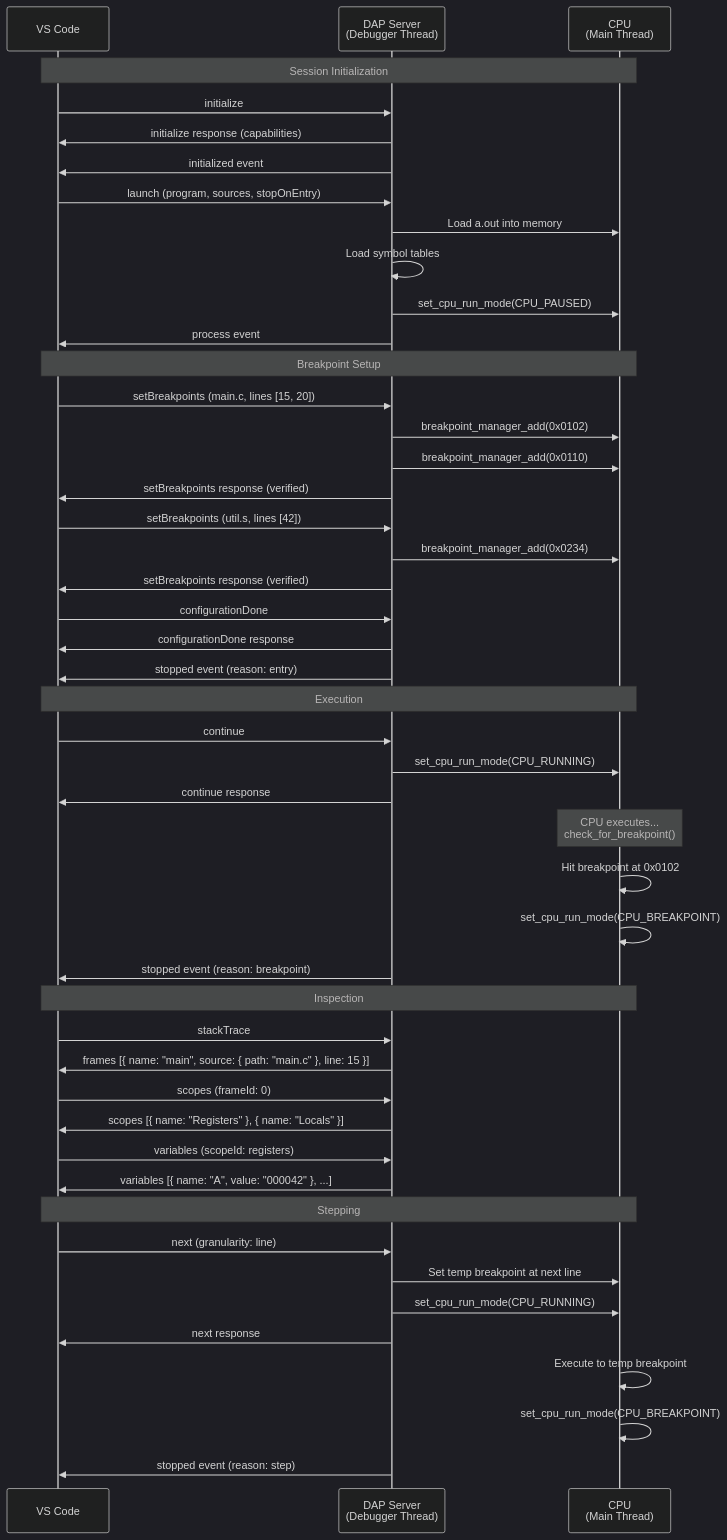
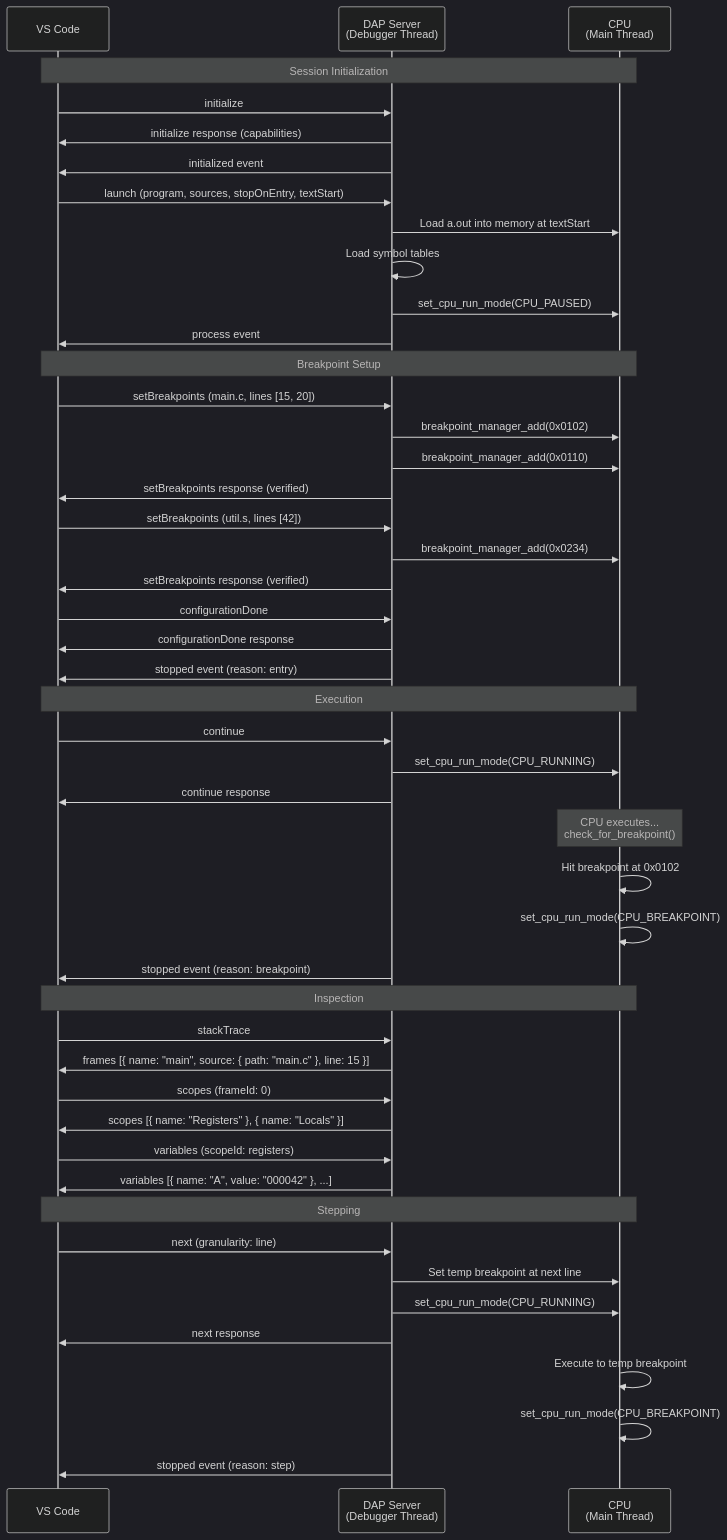
One commit to HackerCorpLabs/nd100x changed the diagram in docs/DAP_INTEGRATION_GUIDE.md. Above: the diagram before and after it, drawn with Mermaid (dark theme). The commit also changed other lines of this file and 1 other file, not shown here.

First line of the commit message:
Update DAP docs with textStart launch parameter

````diff
--- a/docs/DAP_INTEGRATION_GUIDE.md
+++ b/docs/DAP_INTEGRATION_GUIDE.md
@@ -84,63 +84,63 @@
 ```mermaid
 sequenceDiagram
     participant VSCode as VS Code
     participant DAP as DAP Server<br/>(Debugger Thread)
     participant CPU as CPU<br/>(Main Thread)
 
     Note over VSCode,CPU: Session Initialization
     VSCode->>DAP: initialize
     DAP->>VSCode: initialize response (capabilities)
     DAP->>VSCode: initialized event
 
-    VSCode->>DAP: launch (program, sources, stopOnEntry)
-    DAP->>CPU: Load a.out into memory
+    VSCode->>DAP: launch (program, sources, stopOnEntry, textStart)
+    DAP->>CPU: Load a.out into memory at textStart
     DAP->>DAP: Load symbol tables
     DAP->>CPU: set_cpu_run_mode(CPU_PAUSED)
     DAP->>VSCode: process event
 
     Note over VSCode,CPU: Breakpoint Setup
     VSCode->>DAP: setBreakpoints (main.c, lines [15, 20])
     DAP->>CPU: breakpoint_manager_add(0x0102)
     DAP->>CPU: breakpoint_manager_add(0x0110)
     DAP->>VSCode: setBreakpoints response (verified)
 
     VSCode->>DAP: setBreakpoints (util.s, lines [42])
     DAP->>CPU: breakpoint_manager_add(0x0234)
     DAP->>VSCode: setBreakpoints response (verified)
 
     VSCode->>DAP: configurationDone
     DAP->>VSCode: configurationDone response
     DAP->>VSCode: stopped event (reason: entry)
 
     Note over VSCode,CPU: Execution
     VSCode->>DAP: continue
     DAP->>CPU: set_cpu_run_mode(CPU_RUNNING)
     DAP->>VSCode: continue response
 
     Note over CPU: CPU executes...<br/>check_for_breakpoint()
     CPU->>CPU: Hit breakpoint at 0x0102
     CPU->>CPU: set_cpu_run_mode(CPU_BREAKPOINT)
 
     DAP->>VSCode: stopped event (reason: breakpoint)
 
     Note over VSCode,CPU: Inspection
     VSCode->>DAP: stackTrace
     DAP->>VSCode: frames [{ name: "main", source: { path: "main.c" }, line: 15 }]
 
     VSCode->>DAP: scopes (frameId: 0)
     DAP->>VSCode: scopes [{ name: "Registers" }, { name: "Locals" }]
 
     VSCode->>DAP: variables (scopeId: registers)
     DAP->>VSCode: variables [{ name: "A", value: "000042" }, ...]
 
     Note over VSCode,CPU: Stepping
     VSCode->>DAP: next (granularity: line)
     DAP->>CPU: Set temp breakpoint at next line
     DAP->>CPU: set_cpu_run_mode(CPU_RUNNING)
     DAP->>VSCode: next response
 
     CPU->>CPU: Execute to temp breakpoint
     CPU->>CPU: set_cpu_run_mode(CPU_BREAKPOINT)
 
     DAP->>VSCode: stopped event (reason: step)
 ```
````
